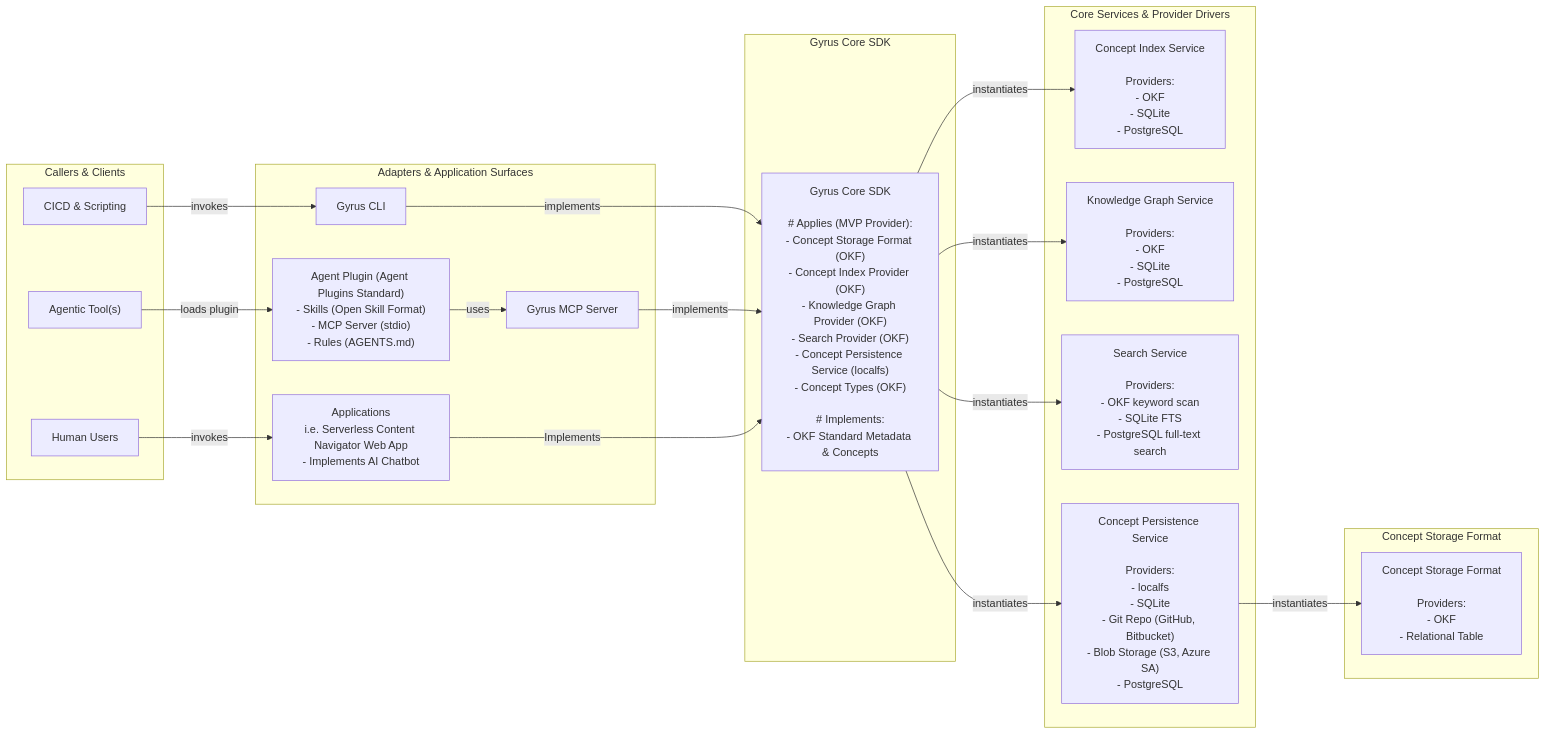
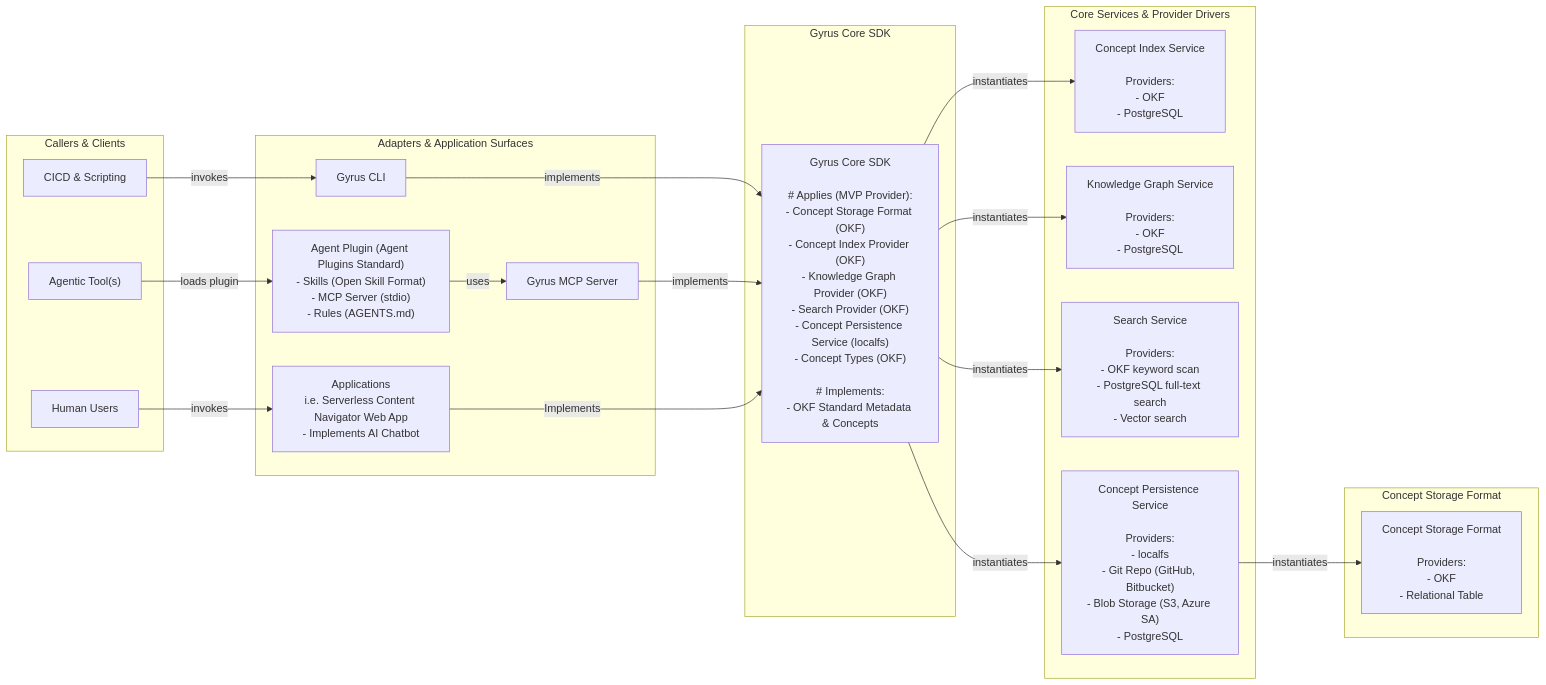
The diagram in README.md (armckinney/gyrus), drawn with Mermaid before and after one commit. The commit also changed other lines of this file and 50 other files, not shown here.

````diff
--- a/README.md
+++ b/README.md
@@ -70,48 +70,48 @@
 ```mermaid
 graph LR
     subgraph Clients ["Callers & Clients"]
         CICD["CICD & Scripting"]
         AgentTools["Agentic Tool(s)"]
         Humans["Human Users"]
     end
 
     subgraph Interface ["Adapters & Application Surfaces"]
         Plugin["Agent Plugin (Agent Plugins Standard)\n- Skills (Open Skill Format)\n- MCP Server (stdio)\n- Rules (AGENTS.md)"]
         CLI["Gyrus CLI"]
         MCP["Gyrus MCP Server"]
         Apps["Applications\ni.e. Serverless Content Navigator Web App\n- Implements AI Chatbot"]
     end
 
     subgraph Core ["Gyrus Core SDK"]
         CoreSDK["Gyrus Core SDK\n\n# Applies (MVP Provider):\n- Concept Storage Format (OKF)\n- Concept Index Provider (OKF)\n- Knowledge Graph Provider (OKF)\n- Search Provider (OKF)\n- Concept Persistence Service (localfs)\n- Concept Types (OKF)\n\n# Implements:\n- OKF Standard Metadata & Concepts"]
     end
 
     subgraph Services ["Core Services & Provider Drivers"]
-        IndexSvc["Concept Index Service\n\nProviders:\n- OKF\n- SQLite\n- PostgreSQL"]
-        GraphSvc["Knowledge Graph Service\n\nProviders:\n- OKF\n- SQLite\n- PostgreSQL"]
-        SearchSvc["Search Service\n\nProviders:\n- OKF keyword scan\n- SQLite FTS\n- PostgreSQL full-text search"]
-        PersistSvc["Concept Persistence Service\n\nProviders:\n- localfs\n- SQLite\n- Git Repo (GitHub, Bitbucket)\n- Blob Storage (S3, Azure SA)\n- PostgreSQL"]
+        IndexSvc["Concept Index Service\n\nProviders:\n- OKF\n- PostgreSQL"]
+        GraphSvc["Knowledge Graph Service\n\nProviders:\n- OKF\n- PostgreSQL"]
+        SearchSvc["Search Service\n\nProviders:\n- OKF keyword scan\n- PostgreSQL full-text search\n- Vector search"]
+        PersistSvc["Concept Persistence Service\n\nProviders:\n- localfs\n- Git Repo (GitHub, Bitbucket)\n- Blob Storage (S3, Azure SA)\n- PostgreSQL"]
     end
 
     subgraph Storage ["Concept Storage Format"]
         StorageFmt["Concept Storage Format\n\nProviders:\n- OKF\n- Relational Table"]
     end
 
     %% Client and Adapter Relations
     CICD -->|invokes| CLI
     AgentTools -->|loads plugin| Plugin
     Plugin -->|uses| MCP
     CLI -->|implements| CoreSDK
     MCP -->|implements| CoreSDK
     Humans -->|invokes| Apps
     Apps -->|Implements| CoreSDK
 
     %% Core SDK Services Relations
     CoreSDK -->|instantiates| IndexSvc
     CoreSDK -->|instantiates| GraphSvc
     CoreSDK -->|instantiates| SearchSvc
     CoreSDK -->|instantiates| PersistSvc
 
     %% Persistence to Storage Format
     PersistSvc -->|instantiates| StorageFmt
 ```
````
